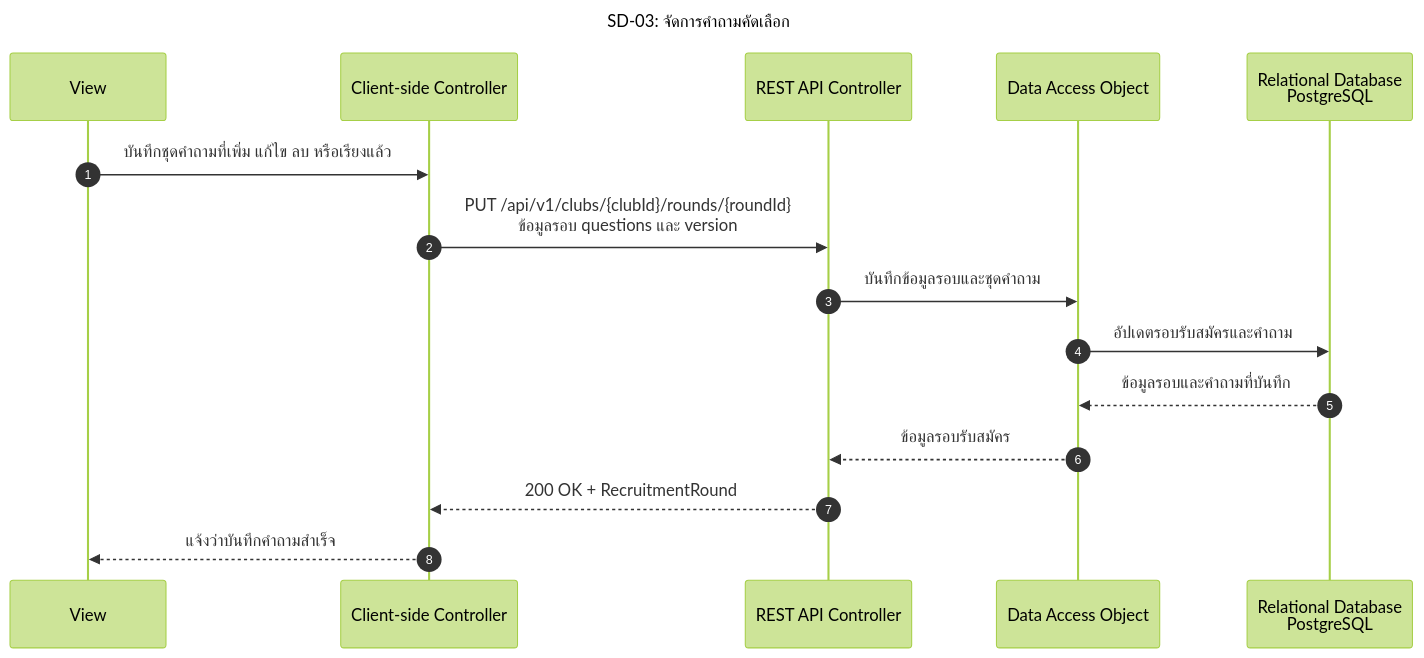
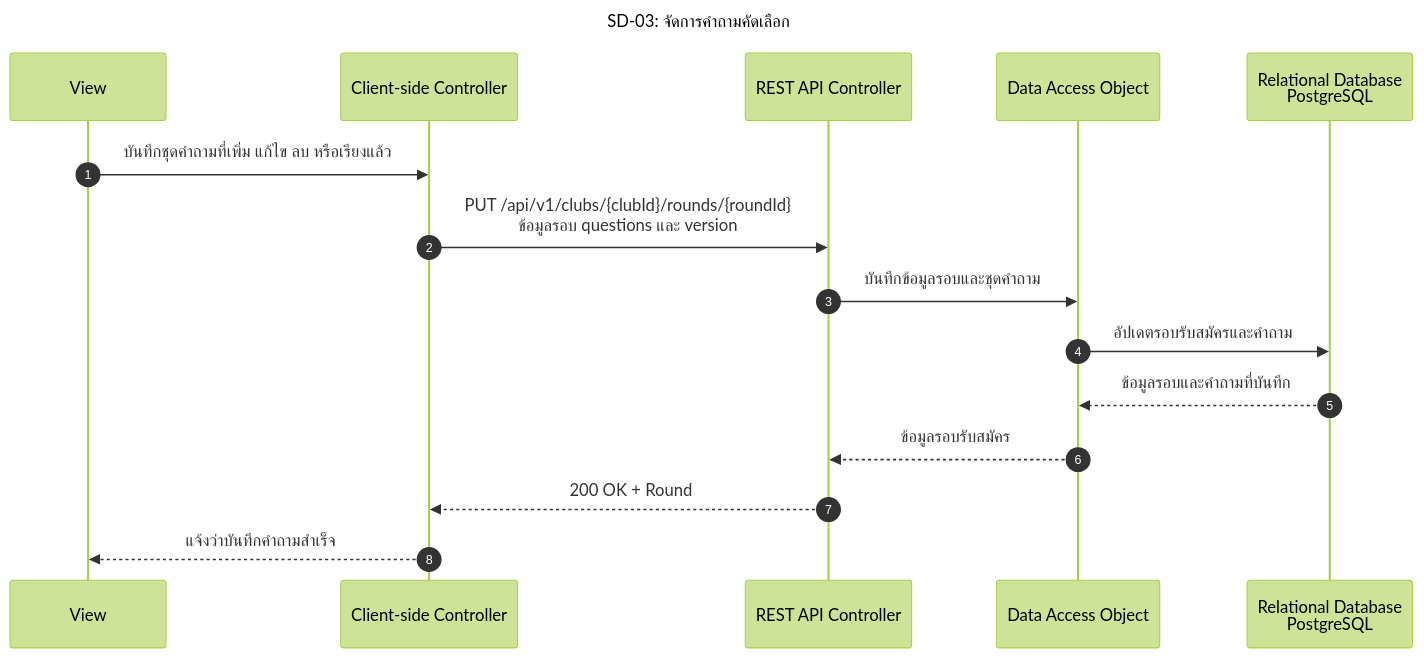
The diagram in docs/diagrams/sequence/SD-03-selection-questions.md (chanitnan0jr/TU_ClubHub_CS261), drawn with Mermaid (forest theme) before and after one commit. The commit also changed other lines of this file and 32 other files, not shown here.

````diff
--- a/docs/diagrams/sequence/SD-03-selection-questions.md
+++ b/docs/diagrams/sequence/SD-03-selection-questions.md
@@ -11,21 +11,21 @@
 ```mermaid
 ---
 title: "SD-03: จัดการคำถามคัดเลือก"
 ---
 sequenceDiagram
     autonumber
     participant V as View
     participant C as Client-side Controller
     participant API as REST API Controller
     participant DAO as Data Access Object
     participant DB as Relational Database<br/>PostgreSQL
 
     V->>C: บันทึกชุดคำถามที่เพิ่ม แก้ไข ลบ หรือเรียงแล้ว
     C->>API: PUT /api/v1/clubs/{clubId}/rounds/{roundId}<br/>ข้อมูลรอบ questions และ version
     API->>DAO: บันทึกข้อมูลรอบและชุดคำถาม
     DAO->>DB: อัปเดตรอบรับสมัครและคำถาม
     DB-->>DAO: ข้อมูลรอบและคำถามที่บันทึก
     DAO-->>API: ข้อมูลรอบรับสมัคร
-    API-->>C: 200 OK + RecruitmentRound
+    API-->>C: 200 OK + Round
     C-->>V: แจ้งว่าบันทึกคำถามสำเร็จ
 ```
````
